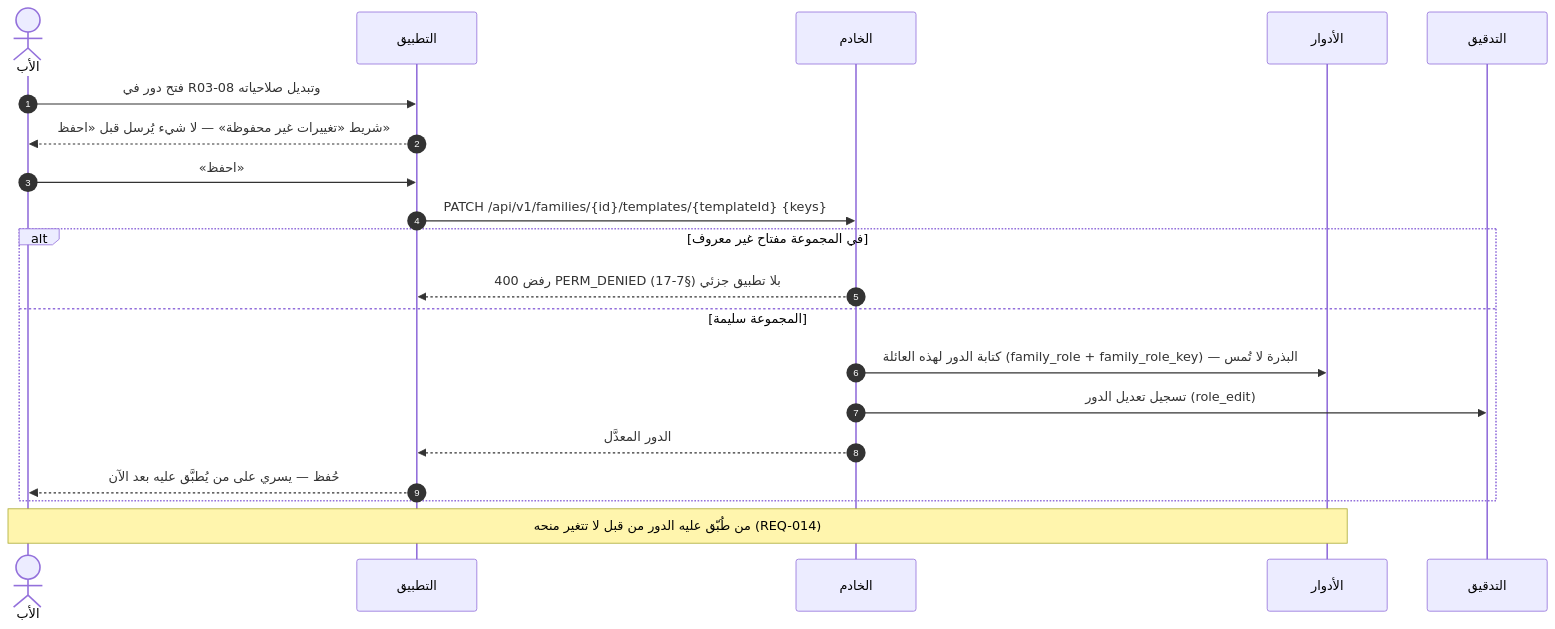
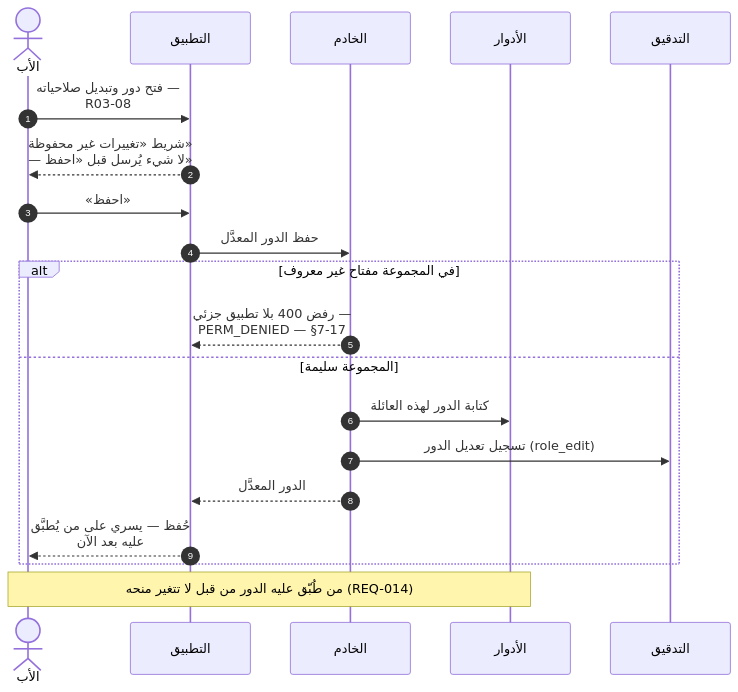
Before and after one commit to Bassam-mohammed-alqaeadi/family-os-v2: diagram 17 of 39 in docs/family-os/governance/phases/phase-1/S1-03-family-roles-and-permissions/DIAGRAMS.md, drawn with Mermaid. The commit also changed other lines of this file, not shown here.

````diff
--- a/docs/family-os/governance/phases/phase-1/S1-03-family-roles-and-permissions/DIAGRAMS.md
+++ b/docs/family-os/governance/phases/phase-1/S1-03-family-roles-and-permissions/DIAGRAMS.md
@@ -690,22 +771,23 @@
 ```mermaid
+%%{init: {"sequence": {"wrap": true}}}%%
 sequenceDiagram
     autonumber
     actor Father as الأب
     participant App as التطبيق
     participant Ktor as الخادم
     participant Roles as الأدوار
     participant Audit as التدقيق
-    Father->>App: فتح دور في R03-08 وتبديل صلاحياته
+    Father->>App: فتح دور وتبديل صلاحياته — R03-08
     App-->>Father: شريط «تغييرات غير محفوظة» — لا شيء يُرسل قبل «احفظ»
     Father->>App: «احفظ»
-    App->>Ktor: PATCH /api/v1/families/{id}/templates/{templateId} {keys}
+    App->>Ktor: حفظ الدور المعدَّل
     alt في المجموعة مفتاح غير معروف
-        Ktor-->>App: رفض 400 PERM_DENIED بلا تطبيق جزئي (§7-17)
+        Ktor-->>App: رفض 400 بلا تطبيق جزئي — PERM_DENIED — §7-17
     else المجموعة سليمة
-        Ktor->>Roles: كتابة الدور لهذه العائلة (family_role + family_role_key) — البذرة لا تُمس
+        Ktor->>Roles: كتابة الدور لهذه العائلة
         Ktor->>Audit: تسجيل تعديل الدور (role_edit)
         Ktor-->>App: الدور المعدَّل
         App-->>Father: حُفظ — يسري على من يُطبَّق عليه بعد الآن
     end
     Note over Father,Roles: من طُبّق عليه الدور من قبل لا تتغير منحه (REQ-014)
 ```
````
